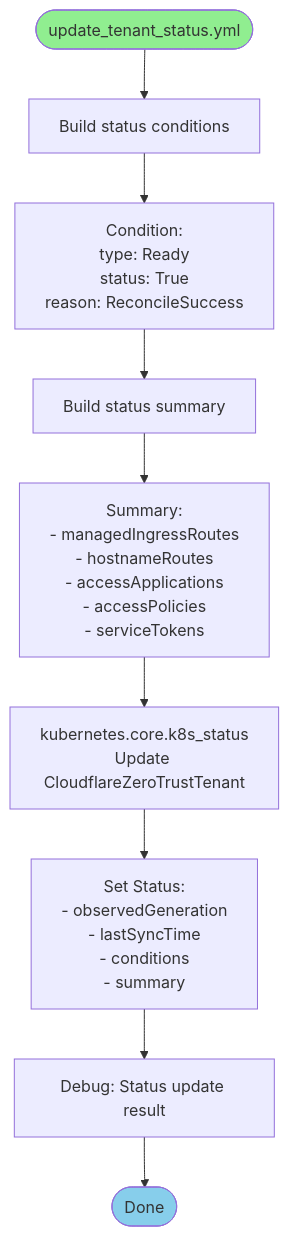
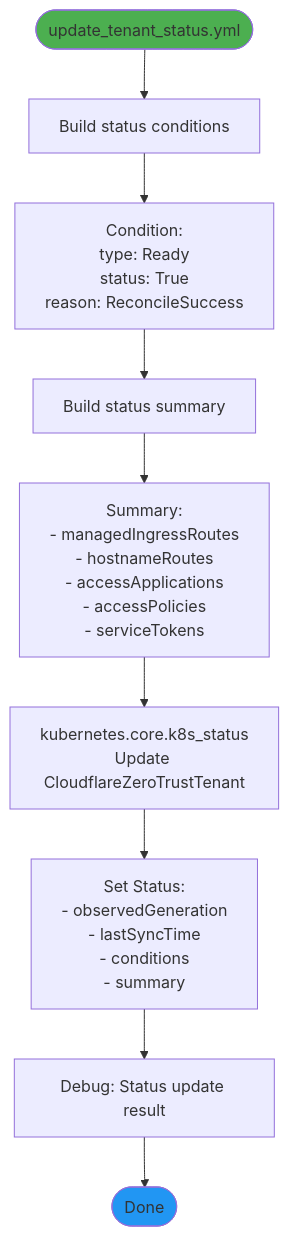
Before and after one commit to wheetazlab/cloudflare-zero-trust-operator: diagram 12 of 20 in docs/flow.md, drawn with Mermaid. The commit also changed other lines of this file and 1 other file, not shown here.

First line of the commit message:
fix: Replace light colors in mermaid diagrams with darker, more readable colors

````diff
--- a/docs/flow.md
+++ b/docs/flow.md
@@ -836,21 +836,21 @@
 ```mermaid
 flowchart TD
     START([update_tenant_status.yml]) --> BUILD_COND[Build status conditions]
     
     BUILD_COND --> READY[Condition:<br/>type: Ready<br/>status: True<br/>reason: ReconcileSuccess]
     
     READY --> BUILD_SUM[Build status summary]
     
     BUILD_SUM --> SUM[Summary:<br/>- managedIngressRoutes<br/>- hostnameRoutes<br/>- accessApplications<br/>- accessPolicies<br/>- serviceTokens]
     
     SUM --> UPDATE[kubernetes.core.k8s_status<br/>Update CloudflareZeroTrustTenant]
     
     UPDATE --> SET_STATUS[Set Status:<br/>- observedGeneration<br/>- lastSyncTime<br/>- conditions<br/>- summary]
     
     SET_STATUS --> LOG[Debug: Status update result]
     
     LOG --> END([Done])
     
-    style START fill:#90EE90
-    style END fill:#87CEEB
+    style START fill:#4CAF50
+    style END fill:#2196F3
 ```
````
